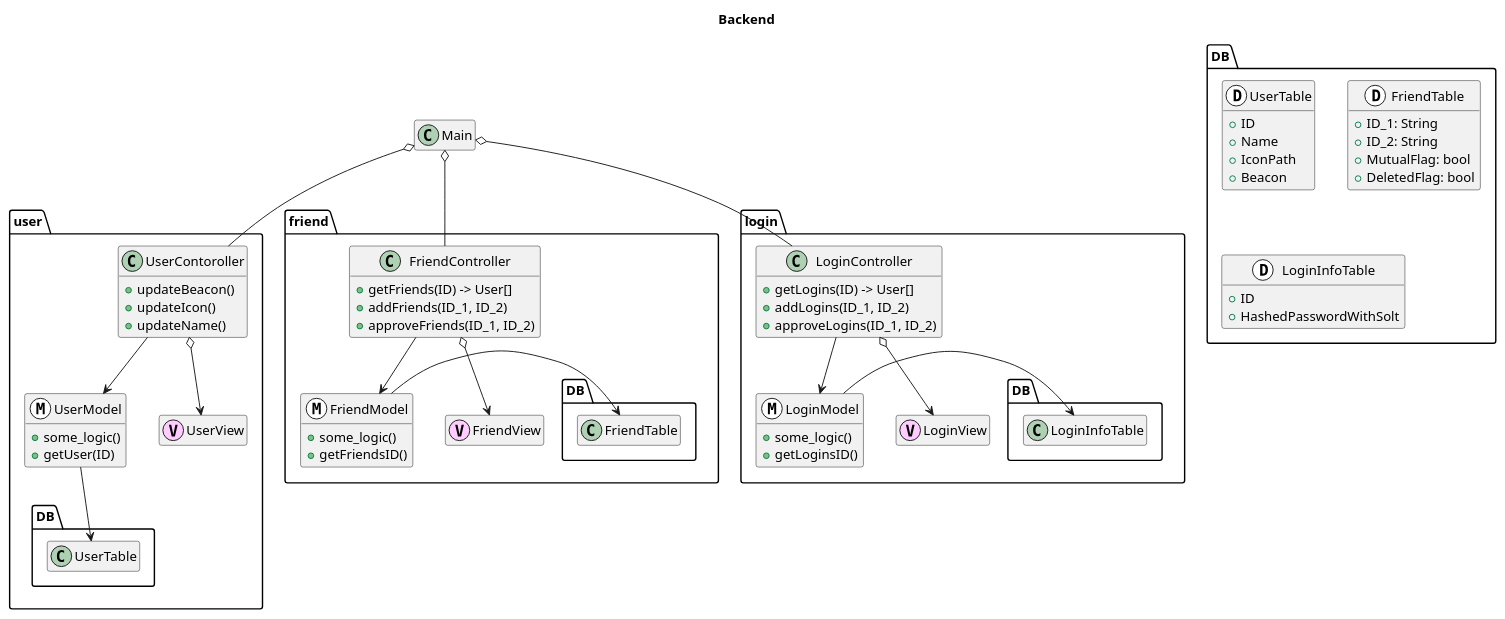
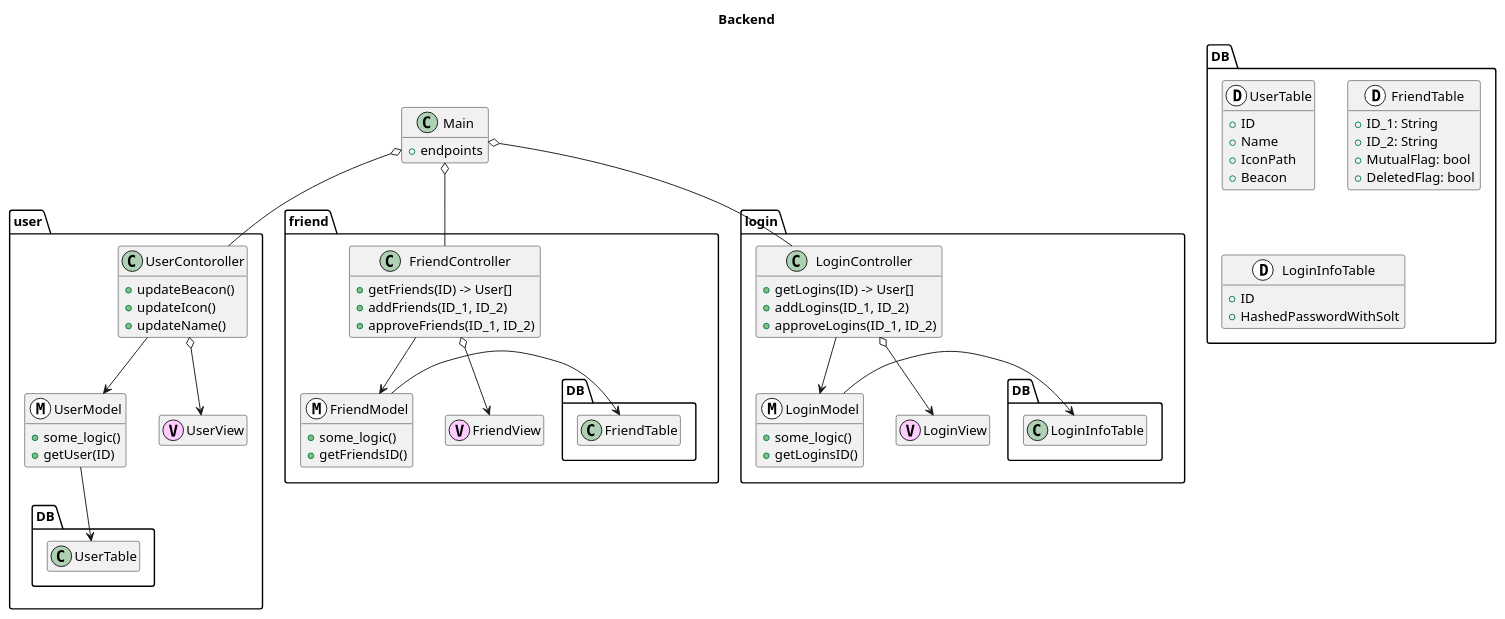
Before and after one commit to beaconFUN/FLAT-uml: the diagram in ClassDiagram/backend.wsd, drawn with PlantUML. The commit also changed 1 other file, not shown here.

```diff
--- a/ClassDiagram/backend.wsd
+++ b/ClassDiagram/backend.wsd
@@ -1,99 +1,101 @@
 @startuml project
 
 hide empty fields
 hide empty methods
 
 title Backend
 
-class Main{}
+class Main{
+    + endpoints
+}
 Main o-- user.UserContoroller
 Main o-- friend.FriendController
 Main o-- login.LoginController
 
 package user{
     class UserContoroller{
         + updateBeacon()
         + updateIcon()
         + updateName()
 
     }
 
     UserContoroller --> UserModel
     UserContoroller o--> UserView
     UserModel --> DB.UserTable
 
     class UserView<<(V, #ffccff)>>{
 
     }
 
     class UserModel<<(M, #ffffff)>>{
         + some_logic()
         + getUser(ID)
 
     }
 
 }
 
 package friend{
     class FriendController{
         + getFriends(ID) -> User[]
         + addFriends(ID_1, ID_2)
         + approveFriends(ID_1, ID_2)
     }
 
     FriendController --> FriendModel
     FriendController o--> FriendView
     FriendModel -> DB.FriendTable
 
     class FriendView<<(V, #ffccff)>>{
     }
 
     class FriendModel<<(M, #ffffff)>>{
         + some_logic()
         + getFriendsID()
     }
 }
 
 package login{
     class LoginController{
         + getLogins(ID) -> User[]
         + addLogins(ID_1, ID_2)
         + approveLogins(ID_1, ID_2)
     }
 
     LoginController --> LoginModel
     LoginController o--> LoginView
     LoginModel -> DB.LoginInfoTable
 
     class LoginView<<(V, #ffccff)>>{
     }
 
     class LoginModel<<(M, #ffffff)>>{
         + some_logic()
         + getLoginsID()
     }
 }
 
 package DB {
 
     class UserTable<<(D, #ffffff)>>{
         + ID
         + Name
         + IconPath
         + Beacon
     }
 
     class FriendTable<<(D, #ffffff)>>{
         + ID_1: String
         + ID_2: String
         + MutualFlag: bool
         + DeletedFlag: bool
     }
 
     class LoginInfoTable<<(D, #ffffff)>>{
         + ID
         + HashedPasswordWithSolt
     }
 }
 
 @enduml
```
